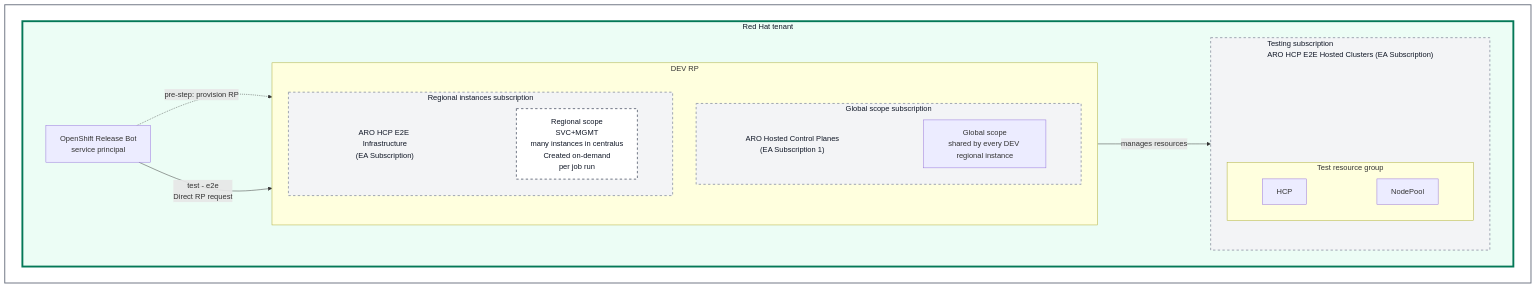
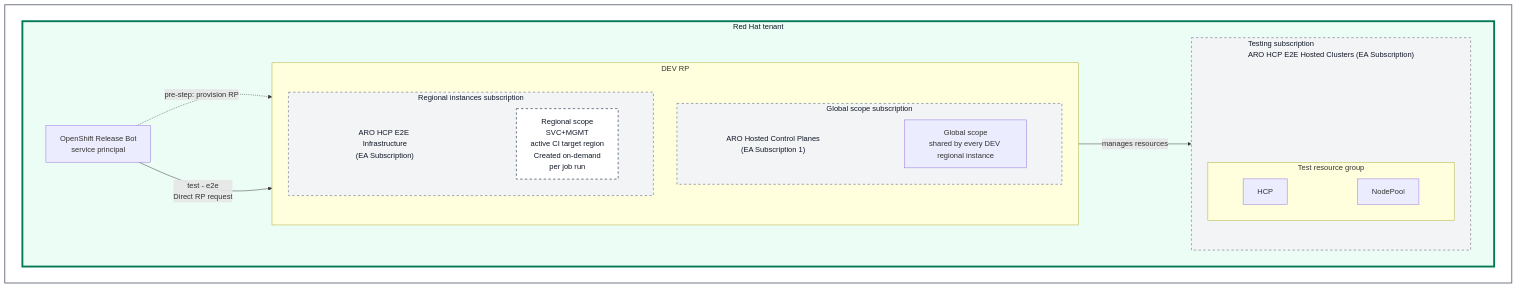
The first of 4 diagrams in docs/ci/execution.md (Azure/ARO-HCP), drawn with Mermaid before and after one commit. The commit also changed other lines of this file and 4 other files, not shown here.

````diff
--- a/docs/ci/execution.md
+++ b/docs/ci/execution.md
@@ -95,47 +95,47 @@
 ```mermaid
 flowchart LR
     subgraph devChart[" "]
         direction LR
         subgraph devTenant["Red Hat tenant"]
             direction LR
             devId["OpenShift Release Bot<br/>service principal"]
             subgraph devTestSub["Testing subscription<br/>ARO HCP E2E Hosted Clusters (EA Subscription)"]
                 direction TB
                 devTestSubPad[".<br/>."]
                 subgraph devRg["Test resource group"]
                     direction LR
                     devHcp["HCP"]
                     devNodePool["NodePool"]
                     devHcp ~~~ devNodePool
                 end
                 devTestSubPad ~~~ devRg
             end
             subgraph devRp["DEV RP"]
                 direction TB
                 subgraph devGlobalSub["Global scope subscription"]
                     direction LR
                     devGlobalSubName["ARO Hosted Control Planes<br/>(EA Subscription 1)"]
                     devGlobal["Global scope<br/>shared by every DEV regional instance"]
                     devGlobalSubName ~~~ devGlobal
                 end
                 subgraph devRegionalSub["Regional instances subscription"]
                     direction LR
                     devRegionalSubName["ARO HCP E2E Infrastructure<br/>(EA Subscription)"]
-                    devRegional["Regional scope<br/>SVC+MGMT<br/>many instances in centralus<br/>Created on-demand<br/>per job run"]
+                    devRegional["Regional scope<br/>SVC+MGMT<br/>active CI target region<br/>Created on-demand<br/>per job run"]
                     devRegionalSubName ~~~ devRegional
                 end
             end
         end
         devId -.->|"pre-step: provision RP"| devRegional
         devId -->|"test - e2e<br/>Direct RP request"| devRegional -->|"manages resources"| devRg
     end
     style devChart fill:#ffffff,stroke:#6b7280,stroke-width:2px,color:transparent
     style devTestSubPad fill:none,stroke:none,color:transparent
     style devTestSub fill:#f3f4f6,stroke:#9ca3af,stroke-width:2px,stroke-dasharray: 5 5,color:#111827
     style devGlobalSub fill:#f3f4f6,stroke:#9ca3af,stroke-width:2px,stroke-dasharray: 5 5,color:#111827
     style devRegionalSub fill:#f3f4f6,stroke:#9ca3af,stroke-width:2px,stroke-dasharray: 5 5,color:#111827
     style devRegional fill:#ffffff,stroke:#6b7280,stroke-width:2px,stroke-dasharray: 5 5,color:#111827
     style devGlobalSubName fill:none,stroke:none,color:#111827
     style devRegionalSubName fill:none,stroke:none,color:#111827
     style devTenant fill:#ecfdf5,stroke:#047857,stroke-width:4px,color:#111827
 ```
````
